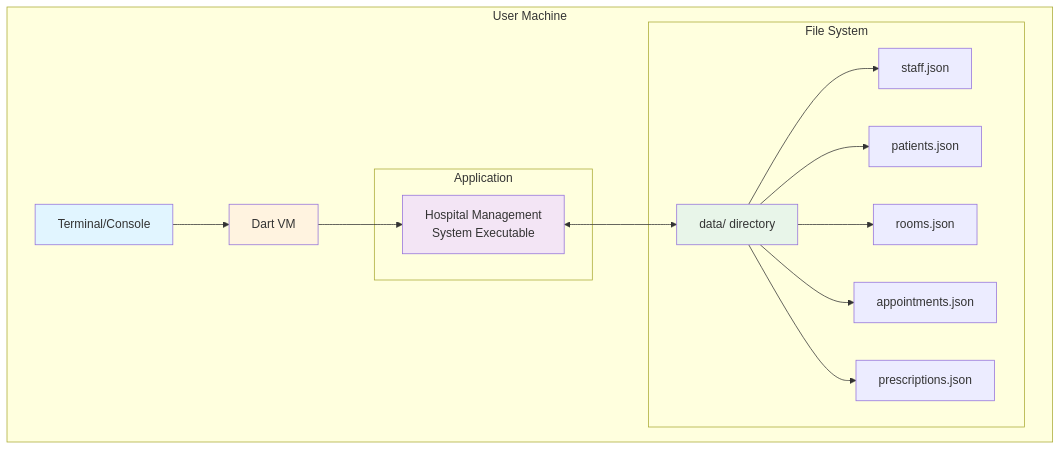
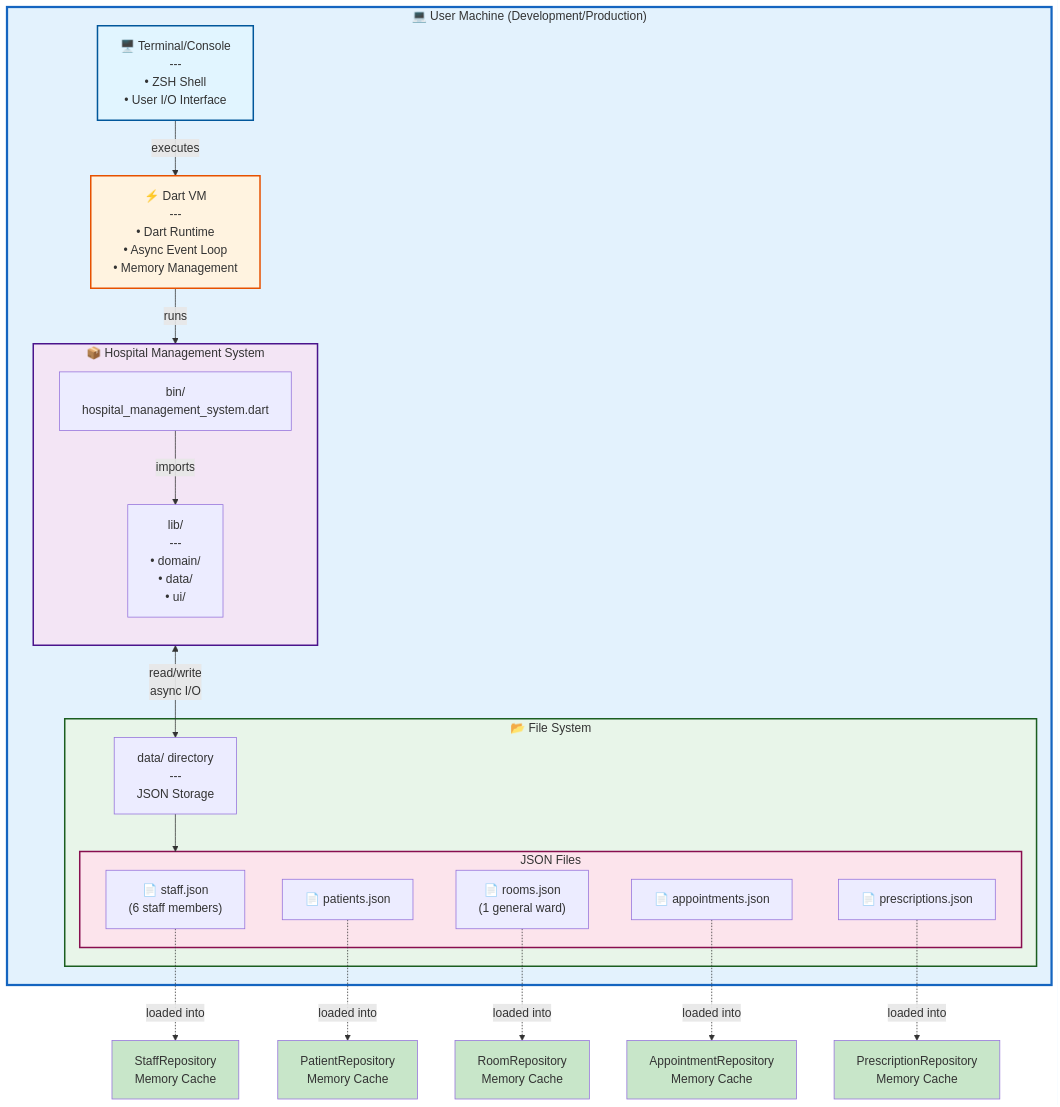
Diagram 12 of 12 in UML_DIAGRAMS.md (longboren/Hospital_Management_Systems), drawn with Mermaid before and after one commit. The commit also changed other lines of this file and 8 other files, not shown here.

````diff
--- a/UML_DIAGRAMS.md
+++ b/UML_DIAGRAMS.md
@@ -730,34 +963,52 @@
 ```mermaid
 graph TB
-    subgraph "User Machine"
-        Terminal[Terminal/Console]
-        DartVM[Dart VM]
+    subgraph UserMachine["💻 User Machine (Development/Production)"]
+        Terminal["🖥️ Terminal/Console<br/>---<br/>• ZSH Shell<br/>• User I/O Interface"]
         
-        subgraph "Application"
-            App[Hospital Management<br/>System Executable]
+        DartVM["⚡ Dart VM<br/>---<br/>• Dart Runtime<br/>• Async Event Loop<br/>• Memory Management"]
+        
+        subgraph Application["📦 Hospital Management System"]
+            direction TB
+            BinDir["bin/<br/>hospital_management_system.dart"]
+            LibDir["lib/<br/>---<br/>• domain/<br/>• data/<br/>• ui/"]
         end
         
-        subgraph "File System"
-            DataDir[data/ directory]
-            StaffFile[staff.json]
-            PatientFile[patients.json]
-            RoomFile[rooms.json]
-            ApptFile[appointments.json]
-            PrescFile[prescriptions.json]
+        subgraph FileSystem["📂 File System"]
+            DataDir["data/ directory<br/>---<br/>JSON Storage"]
+            
+            subgraph JSONFiles["JSON Files"]
+                StaffFile["📄 staff.json<br/>(6 staff members)"]
+                PatientFile["📄 patients.json"]
+                RoomFile["📄 rooms.json<br/>(1 general ward)"]
+                ApptFile["📄 appointments.json"]
+                PrescFile["📄 prescriptions.json"]
+            end
         end
     end
     
-    Terminal --> DartVM
-    DartVM --> App
-    App <--> DataDir
-    DataDir --> StaffFile
-    DataDir --> PatientFile
-    DataDir --> RoomFile
-    DataDir --> ApptFile
-    DataDir --> PrescFile
+    Terminal -->|executes| DartVM
+    DartVM -->|runs| BinDir
+    BinDir -->|imports| LibDir
     
-    style Terminal fill:#e1f5ff
-    style DartVM fill:#fff3e0
-    style App fill:#f3e5f5
-    style DataDir fill:#e8f5e9
+    LibDir <-->|read/write<br/>async I/O| DataDir
+    DataDir --> JSONFiles
+    
+    StaffFile -.->|loaded into| StaffRepo[StaffRepository<br/>Memory Cache]
+    PatientFile -.->|loaded into| PatientRepo[PatientRepository<br/>Memory Cache]
+    RoomFile -.->|loaded into| RoomRepo[RoomRepository<br/>Memory Cache]
+    ApptFile -.->|loaded into| ApptRepo[AppointmentRepository<br/>Memory Cache]
+    PrescFile -.->|loaded into| PrescRepo[PrescriptionRepository<br/>Memory Cache]
+    
+    style UserMachine fill:#e3f2fd,stroke:#1565c0,stroke-width:3px
+    style Terminal fill:#e1f5ff,stroke:#01579b,stroke-width:2px
+    style DartVM fill:#fff3e0,stroke:#e65100,stroke-width:2px
+    style Application fill:#f3e5f5,stroke:#4a148c,stroke-width:2px
+    style FileSystem fill:#e8f5e9,stroke:#1b5e20,stroke-width:2px
+    style JSONFiles fill:#fce4ec,stroke:#880e4f,stroke-width:2px
+    
+    style StaffRepo fill:#c8e6c9
+    style PatientRepo fill:#c8e6c9
+    style RoomRepo fill:#c8e6c9
+    style ApptRepo fill:#c8e6c9
+    style PrescRepo fill:#c8e6c9
 ```
````
